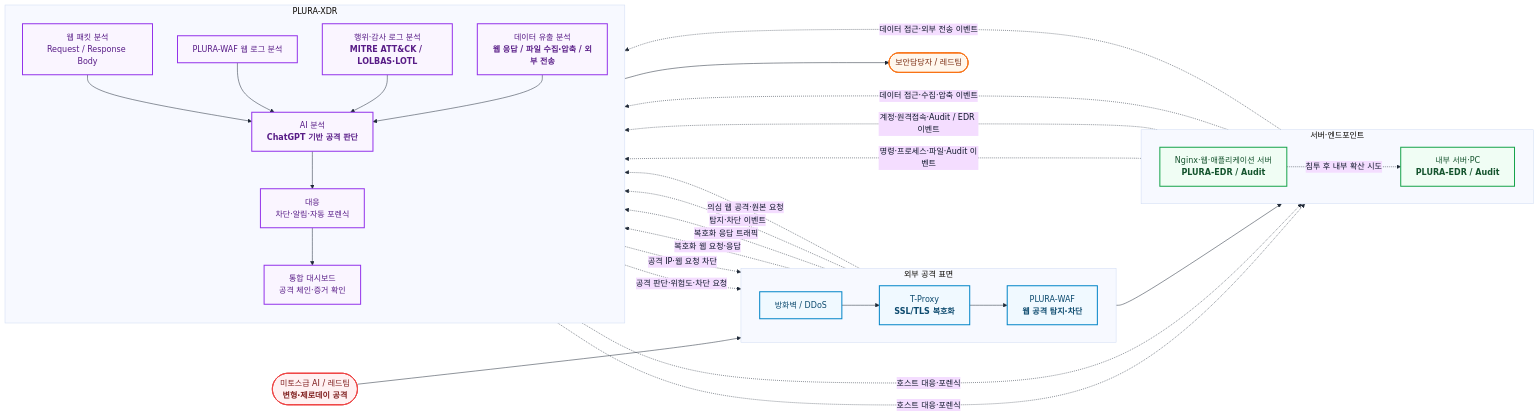
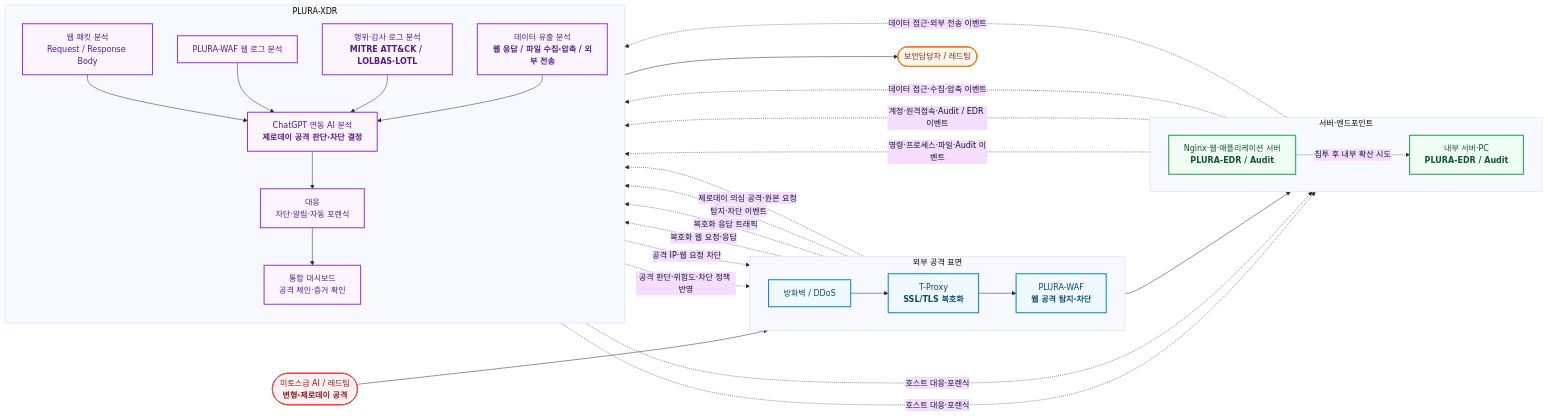
Before and after one commit to qubitsec/plura: the first of 5 diagrams in ko/proposal/lg/poc-full.md, drawn with Mermaid. The commit also changed other lines of this file, not shown here.

````diff
--- a/ko/proposal/lg/poc-full.md
+++ b/ko/proposal/lg/poc-full.md
@@ -29,80 +32,80 @@
 ```mermaid
 %%{init: {
   "theme": "base",
   "themeVariables": {
     "fontFamily": "Pretendard, Noto Sans KR, Arial",
     "background": "#ffffff",
     "primaryTextColor": "#0f172a",
     "lineColor": "#1f2937"
   }
 }}%%
 
 flowchart LR
 
     ATTACKER(["미토스급 AI / 레드팀<br/><b>변형·제로데이 공격</b>"])
 
     subgraph EDGE["외부 공격 표면"]
         direction LR
         FW["방화벽 / DDoS"]
         TP["T-Proxy<br/><b>SSL/TLS 복호화</b>"]
         WAF["PLURA-WAF<br/><b>웹 공격 탐지·차단</b>"]
     end
 
     subgraph HOST["서버·엔드포인트"]
         direction LR
         WEB["Nginx·웹·애플리케이션 서버<br/><b>PLURA-EDR / Audit</b>"]
         INTERNAL["내부 서버·PC<br/><b>PLURA-EDR / Audit</b>"]
     end
 
     subgraph XDR["PLURA-XDR"]
         direction TB
         PACKET["웹 패킷 분석<br/>Request / Response Body"]
         EVENT["PLURA-WAF 웹 로그 분석"]
         MITRE["행위·감사 로그 분석<br/><b>MITRE ATT&CK / LOLBAS·LOTL</b>"]
         EXFIL["데이터 유출 분석<br/><b>웹 응답 / 파일 수집·압축 / 외부 전송</b>"]
-        AI["AI 분석<br/><b>ChatGPT 기반 공격 판단</b>"]
+        AI["ChatGPT 연동 AI 분석<br/><b>제로데이 공격 판단·차단 결정</b>"]
         RESPONSE["대응<br/>차단·알림·자동 포렌식"]
         DASH["통합 대시보드<br/>공격 체인·증거 확인"]
     end
 
     SOC(["보안담당자 / 레드팀"])
 
     ATTACKER --> FW --> TP --> WAF --> WEB
     WEB -. "침투 후 내부 확산 시도" .-> INTERNAL
 
     TP -. "복호화 웹 요청·응답" .-> PACKET
     TP -. "복호화 응답 트래픽" .-> EXFIL
 
     WAF -. "탐지·차단 이벤트" .-> EVENT
-    WAF -. "의심 웹 공격·원본 요청" .-> AI
+    WAF -. "제로데이 의심 공격·원본 요청" .-> AI
 
     WEB -. "명령·프로세스·파일·Audit 이벤트" .-> MITRE
     INTERNAL -. "계정·원격접속·Audit / EDR 이벤트" .-> MITRE
 
     WEB -. "데이터 접근·수집·압축 이벤트" .-> EXFIL
     INTERNAL -. "데이터 접근·외부 전송 이벤트" .-> EXFIL
 
     PACKET --> AI
     EVENT --> AI
     MITRE --> AI
     EXFIL --> AI
 
-    AI -. "공격 판단·위험도·차단 요청" .-> WAF
+    AI -. "공격 판단·위험도·차단 정책 반영" .-> WAF
     AI --> RESPONSE --> DASH --> SOC
 
     RESPONSE -. "공격 IP·웹 요청 차단" .-> WAF
     RESPONSE -. "호스트 대응·포렌식" .-> WEB
     RESPONSE -. "호스트 대응·포렌식" .-> INTERNAL
 
     classDef attack fill:#fff1f2,stroke:#ef4444,stroke-width:2px,color:#7f1d1d;
     classDef edge fill:#f0f9ff,stroke:#0284c7,stroke-width:2px,color:#0c4a6e;
     classDef host fill:#f0fdf4,stroke:#16a34a,stroke-width:2px,color:#14532d;
     classDef xdr fill:#faf5ff,stroke:#9333ea,stroke-width:2px,color:#581c87;
     classDef soc fill:#fff7ed,stroke:#f97316,stroke-width:2px,color:#7c2d12;
 
     class ATTACKER attack;
     class FW,TP,WAF edge;
     class WEB,INTERNAL host;
     class PACKET,EVENT,MITRE,EXFIL,AI,RESPONSE,DASH xdr;
     class SOC soc;
 ```
````
